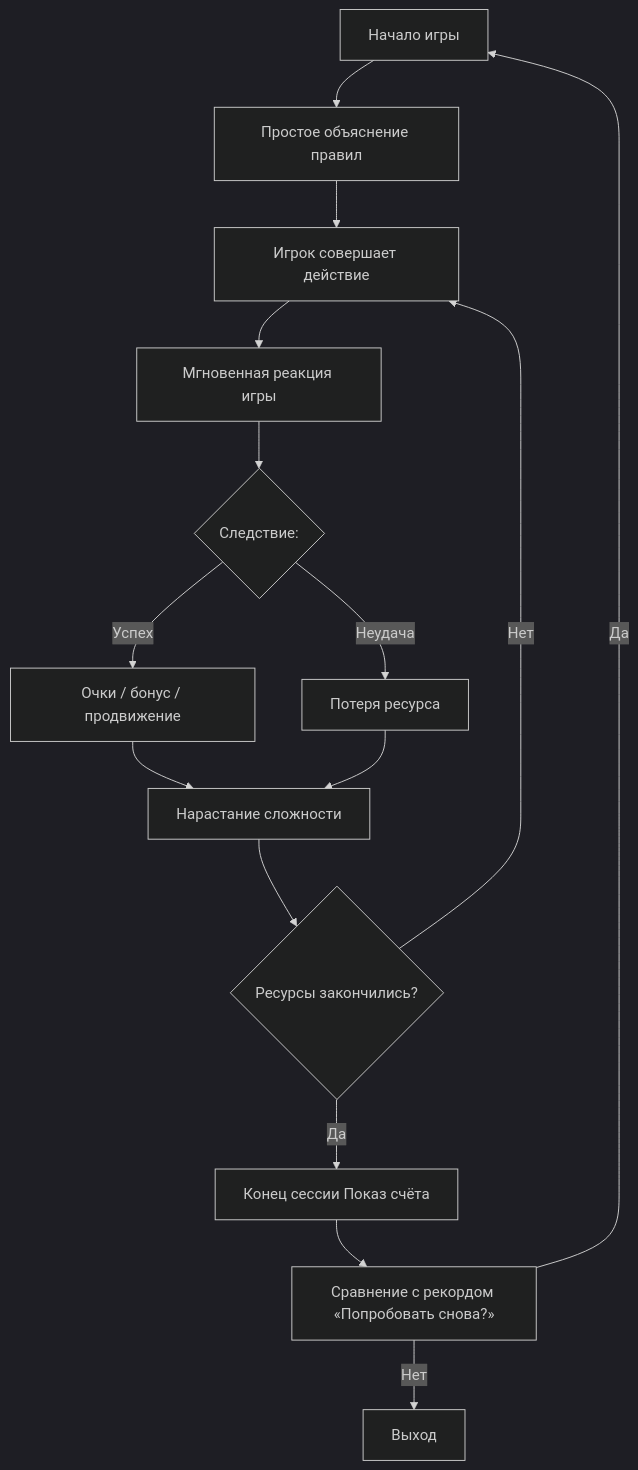
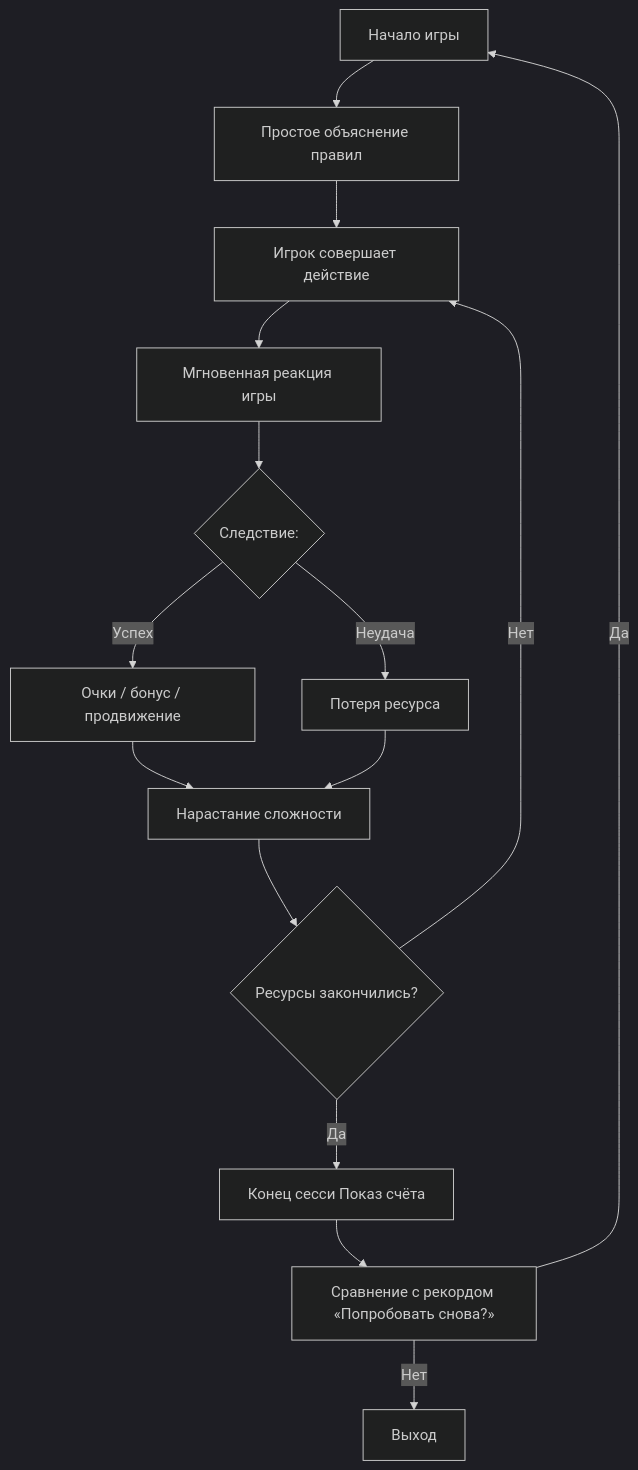
One commit to Spirzen/it-knowledge-base changed the diagram in docs/encyclopedia/9-spinoff/9-11-dlya-detey/2-video-games/16.md. Above: the diagram before and after it, drawn with Mermaid (dark theme). The commit also changed other lines of this file and 1180 other files, not shown here.

````diff
--- a/docs/encyclopedia/9-spinoff/9-11-dlya-detey/2-video-games/16.md
+++ b/docs/encyclopedia/9-spinoff/9-11-dlya-detey/2-video-games/16.md
@@ -170,17 +170,17 @@
 ```mermaid
 flowchart TD
     A[Начало игры] --> B[Простое объяснение правил]
     B --> C[Игрок совершает действие]
     C --> D[Мгновенная реакция игры]
     D --> E{Следствие:}
     E -->|Успех| F[Очки / бонус / продвижение]
     E -->|Неудача| G[Потеря ресурса]
     F --> H[Нарастание сложности]
     G --> H
     H --> I{Ресурсы закончились?}
-    I -->|Да| J[Конец сессии Показ счёта]
+    I -->|Да| J[Конец сесси Показ счёта]
     I -->|Нет| C
     J --> K[Сравнение с рекордом «Попробовать снова?»]
     K -->|Да| A
     K -->|Нет| L[Выход]
 ```
````
